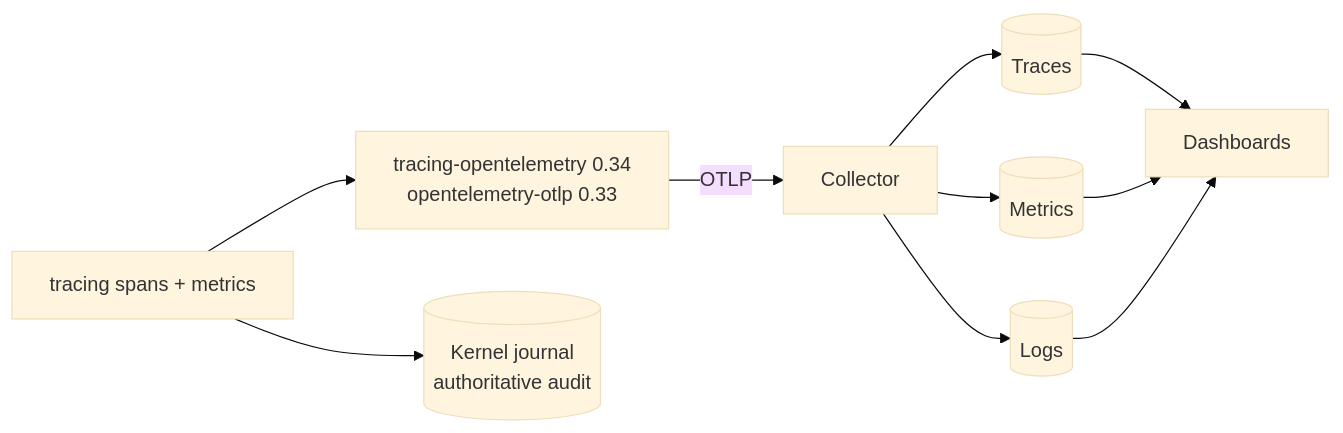
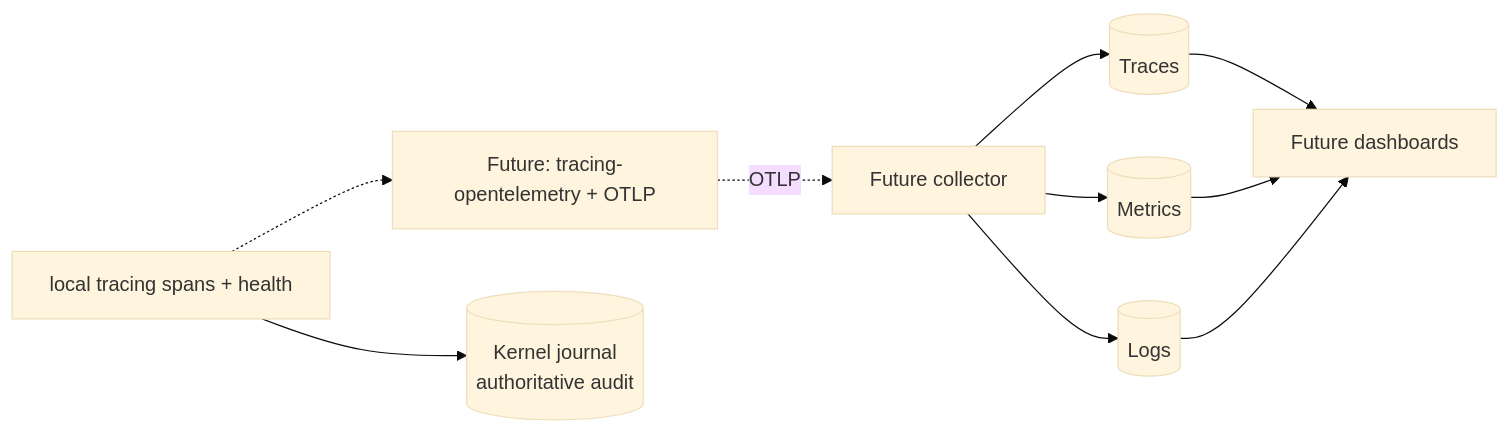
Before and after one commit to Orchestration-Maestro/maestro-core: the diagram in docs/architecture/05-platform-and-operations.md, drawn with Mermaid (base theme). The commit also changed other lines of this file and 1013 other files, not shown here.

````diff
--- a/docs/architecture/05-platform-and-operations.md
+++ b/docs/architecture/05-platform-and-operations.md
@@ -140,10 +144,10 @@
 ```mermaid
 flowchart LR
-  code[tracing spans + metrics] --> exp[tracing-opentelemetry 0.34<br/>opentelemetry-otlp 0.33]
-  exp -->|OTLP| col[Collector]
+  code[local tracing spans + health] -.-> exp[Future: tracing-opentelemetry + OTLP]
+  exp -. OTLP .-> col[Future collector]
   col --> traces[(Traces)]
   col --> metrics[(Metrics)]
   col --> logs[(Logs)]
-  traces & metrics & logs --> dash[Dashboards]
+  traces & metrics & logs --> dash[Future dashboards]
   code --> journal[(Kernel journal<br/>authoritative audit)]
 ```
````
